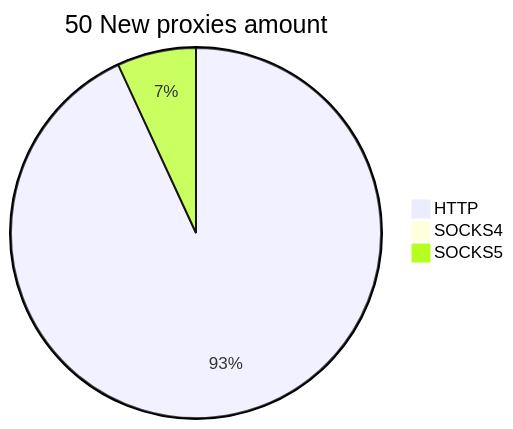
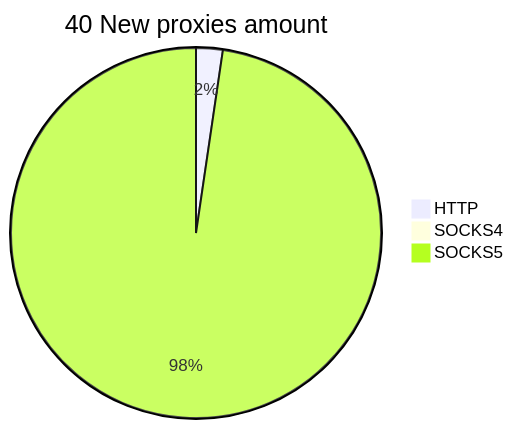
The second of 2 diagrams in README.md (cutipu/proxylist), drawn with Mermaid before and after one commit. The commit also changed other lines of this file, not shown here.

````diff
--- a/README.md
+++ b/README.md
@@ -10,6 +10,6 @@
 ```mermaid
-pie title 50 New proxies amount
-    "HTTP" : 54
+pie title 40 New proxies amount
+    "HTTP" : 1
     "SOCKS4" : 0
-    "SOCKS5" : 4
+    "SOCKS5" : 42
 ```
````
